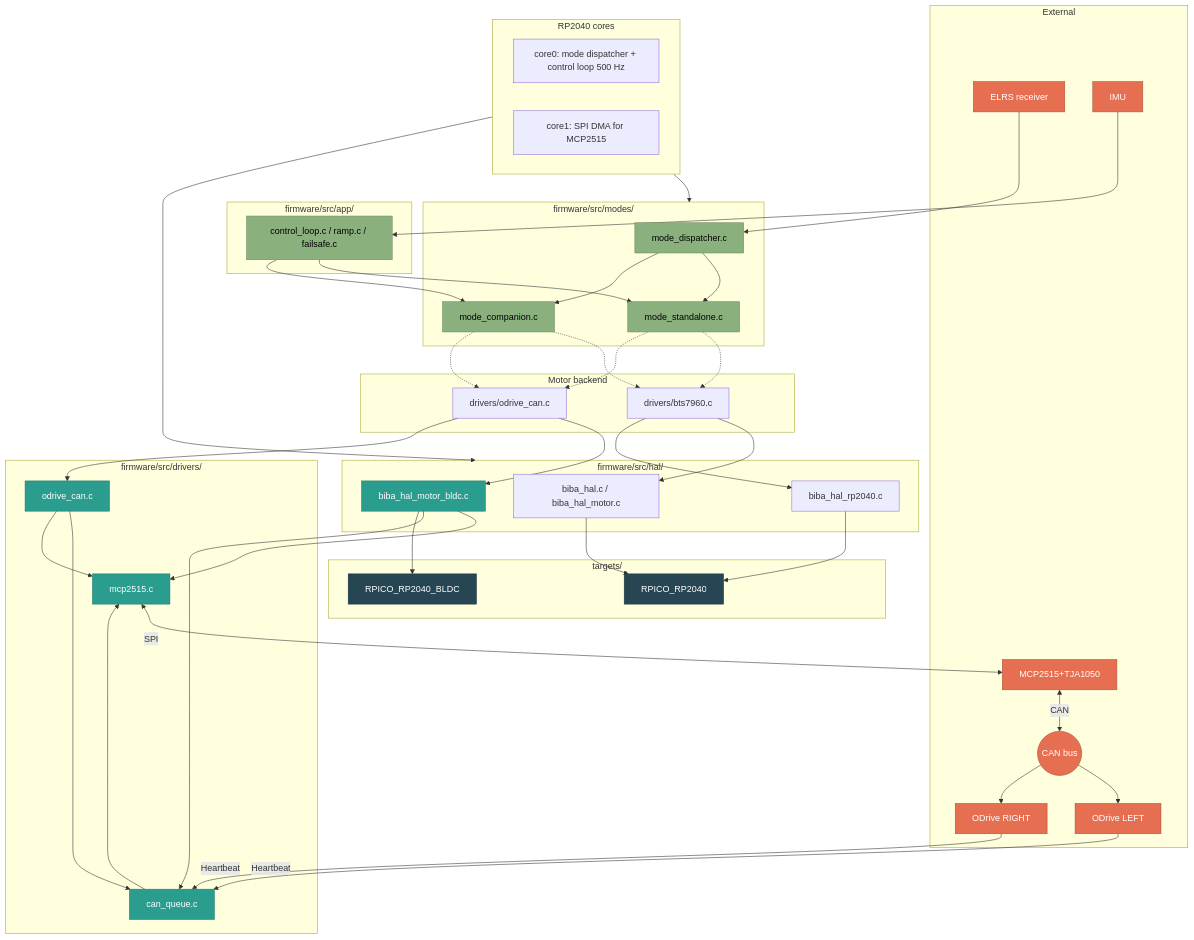
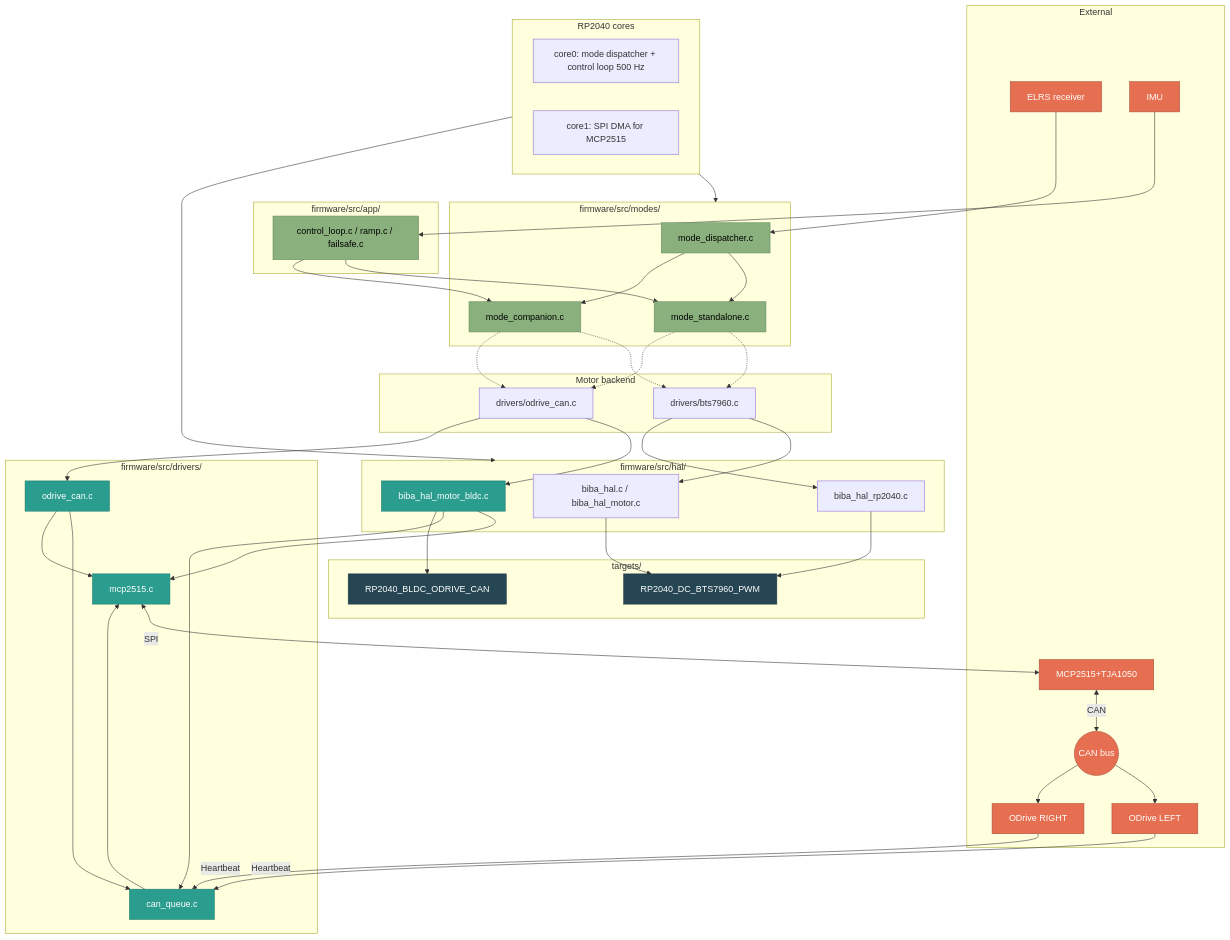
The diagram in docs/adr/diagram-components.mmd (GOODWORKRINKZ/biba), drawn with Mermaid before and after one commit. The commit also changed 50 other files, not shown here.

```diff
--- a/docs/adr/diagram-components.mmd
+++ b/docs/adr/diagram-components.mmd
@@ -1,101 +1,101 @@
 flowchart TB
     %% --- Modes -----------------------------------------------------------
     subgraph MODES["firmware/src/modes/"]
         MD["mode_dispatcher.c"]
         MS["mode_standalone.c"]
         MC["mode_companion.c"]
         MD --> MS
         MD --> MC
     end
 
     %% --- Application code ------------------------------------------------
     subgraph APP["firmware/src/app/"]
         CTRL["control_loop.c / ramp.c / failsafe.c"]
         CTRL --> MS
         CTRL --> MC
     end
 
     %% --- Motor backend ---------------------------------------------------
     subgraph BACKEND["Motor backend"]
         BTS["drivers/bts7960.c"]
         ODRV["drivers/odrive_can.c"]
     end
 
     MS -.-> BTS
     MS -.-> ODRV
     MC -.-> BTS
     MC -.-> ODRV
 
     %% --- HAL -------------------------------------------------------------
     subgraph HAL["firmware/src/hal/"]
         HAL_F103["biba_hal.c / biba_hal_motor.c"]
         HAL_RP["biba_hal_rp2040.c"]
         HAL_BLDC["biba_hal_motor_bldc.c"]
     end
 
     BTS --> HAL_F103
     BTS --> HAL_RP
     ODRV --> HAL_BLDC
 
     %% --- Drivers ---------------------------------------------------------
     subgraph DRV["firmware/src/drivers/"]
         CANQ["can_queue.c"]
         MCP["mcp2515.c"]
         ODC["odrive_can.c"]
     end
 
     HAL_BLDC --> MCP
     HAL_BLDC --> CANQ
     ODRV --> ODC
     ODC --> CANQ
     ODC --> MCP
     CANQ --> MCP
 
     %% --- Targets ---------------------------------------------------------
     subgraph TGT["targets/"]
-        T1["RPICO_RP2040"]
-        T2["RPICO_RP2040_BLDC"]
+        T1["RP2040_DC_BTS7960_PWM"]
+        T2["RP2040_BLDC_ODRIVE_CAN"]
     end
 
     HAL_RP --> T1
     HAL_BLDC --> T2
     HAL_F103 --> T1
 
     %% --- External --------------------------------------------------------
     subgraph EXT["External"]
         CRSF["ELRS receiver"]
         IMU_EXT["IMU"]
         MCPEXT["MCP2515+TJA1050"]
         CANBUS(("CAN bus"))
         OD_L["ODrive LEFT"]
         OD_R["ODrive RIGHT"]
     end
 
     CRSF --> MD
     IMU_EXT --> CTRL
     MCP <-->|SPI| MCPEXT
     MCPEXT <-->|CAN| CANBUS
     CANBUS --> OD_L
     CANBUS --> OD_R
     OD_L -->|Heartbeat| CANQ
     OD_R -->|Heartbeat| CANQ
 
     %% --- CPUs ------------------------------------------------------------
     subgraph CPUS["RP2040 cores"]
         C0["core0: mode dispatcher + control loop 500 Hz"]
         C1["core1: SPI DMA for MCP2515"]
     end
 
     CPUS --> MODES
     CPUS --> HAL
 
     %% --- Styles ----------------------------------------------------------
     classDef targetBox fill:#264653,stroke:#1d3540,color:#fff
     classDef newDriver fill:#2a9d8f,stroke:#1d7a6f,color:#fff
     classDef external fill:#e76f51,stroke:#a8503b,color:#fff
     classDef modeCode fill:#8ab17d,stroke:#6a8b60,color:#000
 
     class T1,T2 targetBox
     class MCP,ODC,CANQ,HAL_BLDC newDriver
     class CRSF,IMU_EXT,MCPEXT,CANBUS,OD_L,OD_R external
     class MD,MS,MC,CTRL modeCode
```
